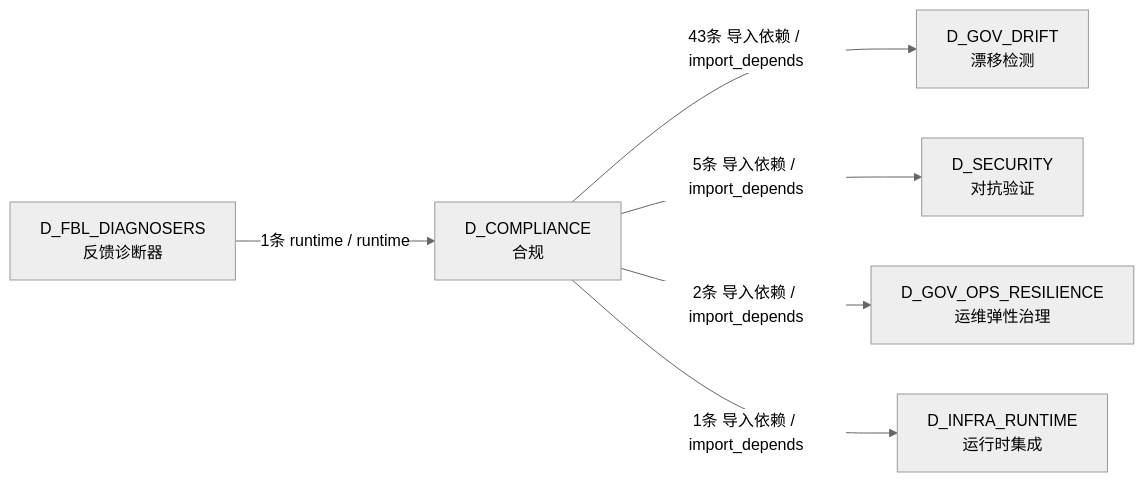
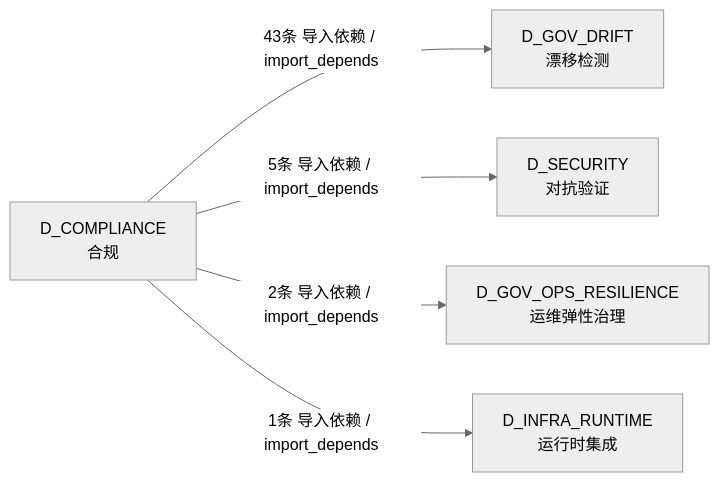
The third of 3 diagrams in docs/02_enterprise_architecture/02_domain_architecture_docs/60_d_compliance.md (xuanFelixVan/ZephyrAlpha), drawn with Mermaid (neutral theme) before and after one commit. The commit also changed other lines of this file and 105 other files, not shown here.

````diff
--- a/docs/02_enterprise_architecture/02_domain_architecture_docs/60_d_compliance.md
+++ b/docs/02_enterprise_architecture/02_domain_architecture_docs/60_d_compliance.md
@@ -231,14 +225,12 @@
 ```mermaid
 graph LR
     D_COMPLIANCE["D_COMPLIANCE<br/>合规"]
     D_GOV_DRIFT["D_GOV_DRIFT<br/>漂移检测"]
     D_SECURITY["D_SECURITY<br/>对抗验证"]
     D_GOV_OPS_RESILIENCE["D_GOV_OPS_RESILIENCE<br/>运维弹性治理"]
     D_INFRA_RUNTIME["D_INFRA_RUNTIME<br/>运行时集成"]
-    D_FBL_DIAGNOSERS["D_FBL_DIAGNOSERS<br/>反馈诊断器"]
     D_COMPLIANCE -->|43条 导入依赖 / import_depends| D_GOV_DRIFT
     D_COMPLIANCE -->|5条 导入依赖 / import_depends| D_SECURITY
     D_COMPLIANCE -->|2条 导入依赖 / import_depends| D_GOV_OPS_RESILIENCE
     D_COMPLIANCE -->|1条 导入依赖 / import_depends| D_INFRA_RUNTIME
-    D_FBL_DIAGNOSERS -->|1条 runtime / runtime| D_COMPLIANCE
 ```
````
